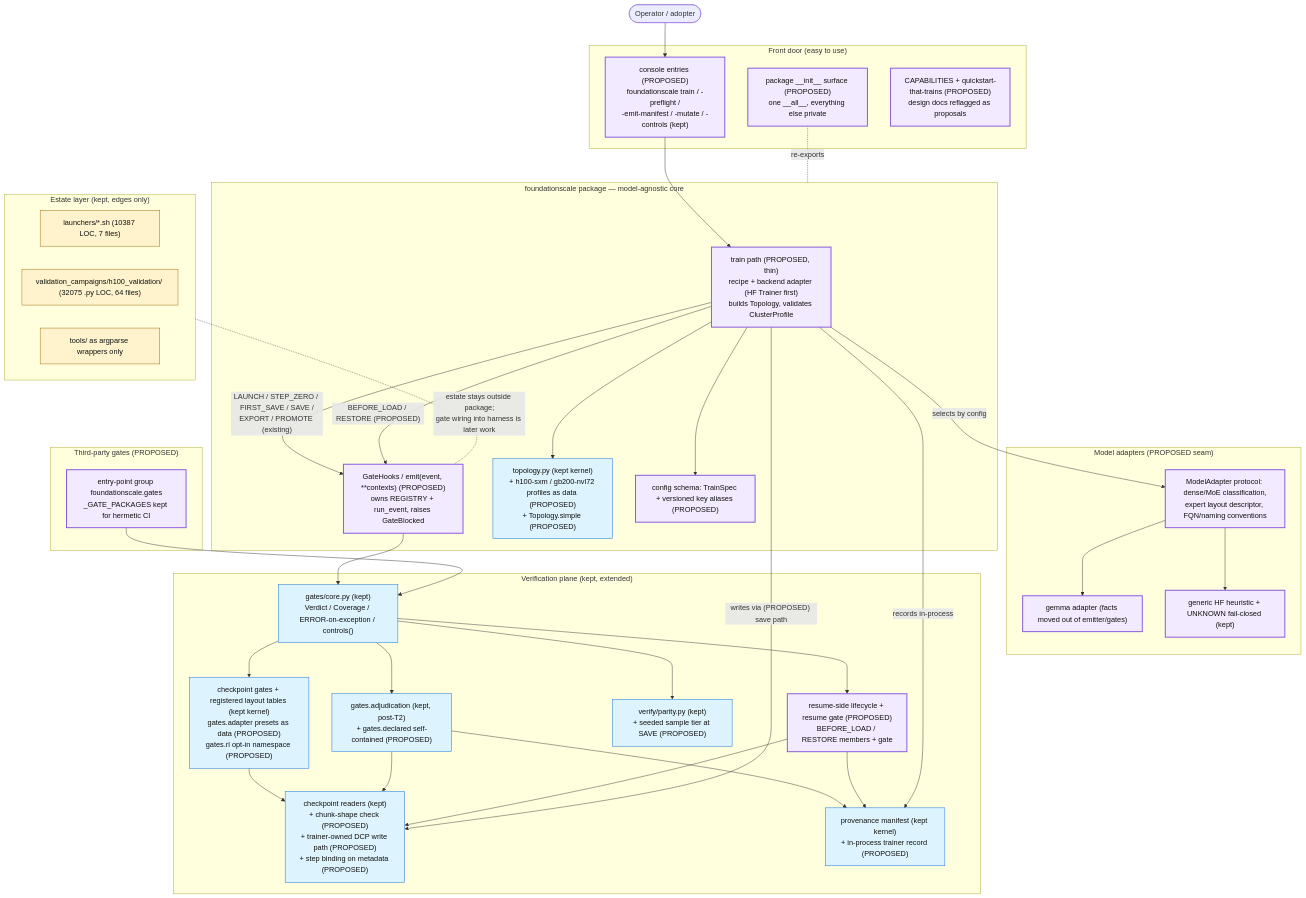
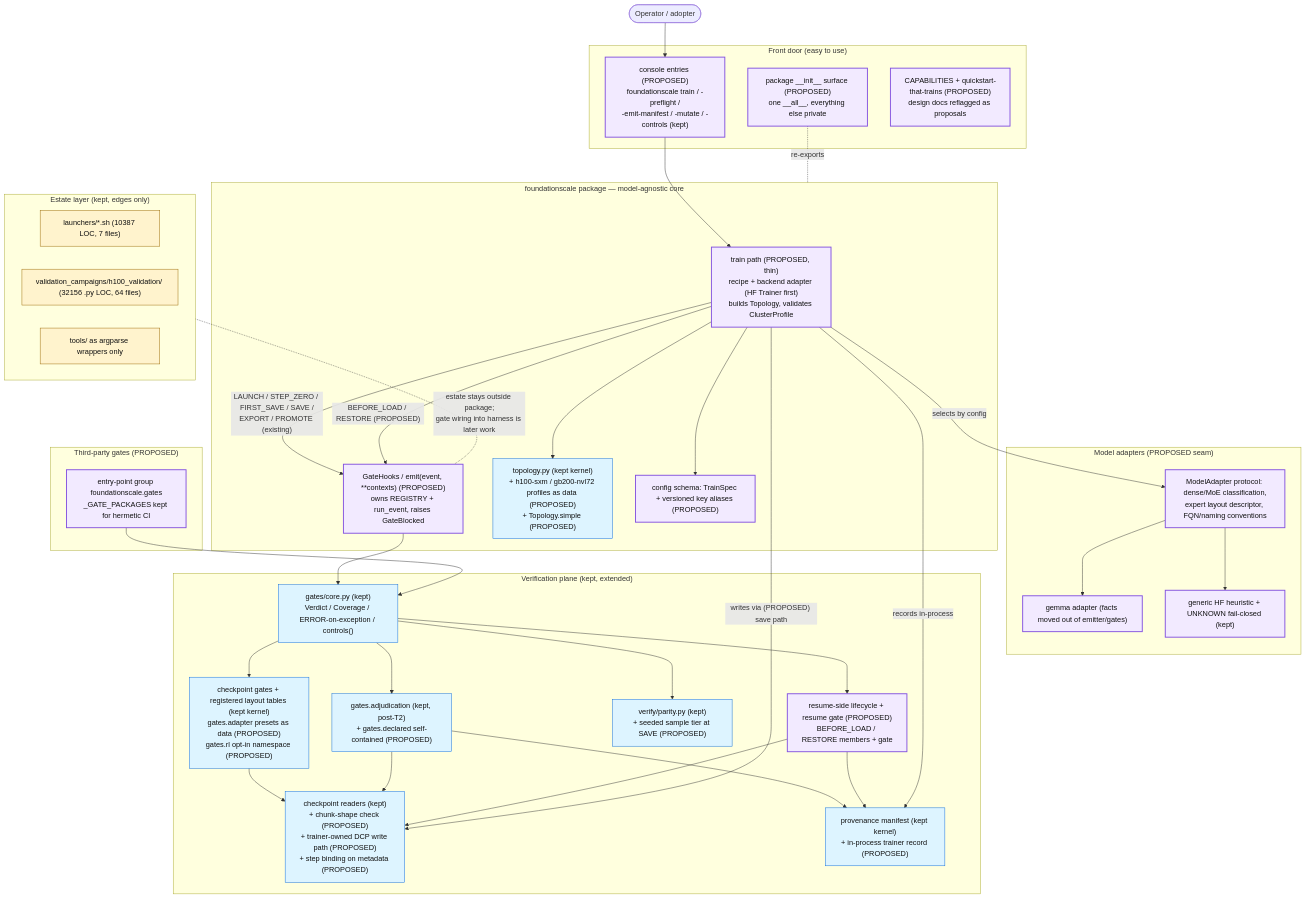
One commit to TranNhiem/FoundationScale changed the diagram in docs/review/D5_proposed_architecture.md. Above: the diagram before and after it, drawn with Mermaid. The commit also changed other lines of this file and 10 other files, not shown here.

````diff
--- a/docs/review/D5_proposed_architecture.md
+++ b/docs/review/D5_proposed_architecture.md
@@ -13,74 +13,74 @@
 ```mermaid
 flowchart TB
   U(["Operator / adopter"])
 
   subgraph FRONT["Front door (easy to use)"]
     CLI["console entries (PROPOSED)<br/>foundationscale train / -preflight /<br/>-emit-manifest / -mutate / -controls (kept)"]
     SURF["package __init__ surface (PROPOSED)<br/>one __all__, everything else private"]
     DOCS["CAPABILITIES + quickstart-that-trains (PROPOSED)<br/>design docs reflagged as proposals"]
   end
 
   subgraph CORE["foundationscale package — model-agnostic core"]
     TRAIN["train path (PROPOSED, thin)<br/>recipe + backend adapter (HF Trainer first)<br/>builds Topology, validates ClusterProfile"]
     HOOKS["GateHooks / emit(event, **contexts) (PROPOSED)<br/>owns REGISTRY + run_event, raises GateBlocked"]
     TOPO["topology.py (kept kernel)<br/>+ h100-sxm / gb200-nvl72 profiles as data (PROPOSED)<br/>+ Topology.simple (PROPOSED)"]
     CONFIG["config schema: TrainSpec + versioned key aliases (PROPOSED)"]
   end
 
   subgraph ADAPT["Model adapters (PROPOSED seam)"]
     MA["ModelAdapter protocol: dense/MoE classification,<br/>expert layout descriptor, FQN/naming conventions"]
     GEM["gemma adapter (facts moved out of emitter/gates)"]
     HF["generic HF heuristic + UNKNOWN fail-closed (kept)"]
   end
 
   subgraph VERIFY["Verification plane (kept, extended)"]
     GCORE["gates/core.py (kept)<br/>Verdict / Coverage / ERROR-on-exception / controls()"]
     GCK["checkpoint gates + registered layout tables (kept kernel)<br/>gates.adapter presets as data (PROPOSED)<br/>gates.rl opt-in namespace (PROPOSED)"]
     ADJ["gates.adjudication (kept, post-T2)<br/>+ gates.declared self-contained (PROPOSED)"]
     PAR["verify/parity.py (kept)<br/>+ seeded sample tier at SAVE (PROPOSED)"]
     CKIO["checkpoint readers (kept)<br/>+ chunk-shape check (PROPOSED)<br/>+ trainer-owned DCP write path (PROPOSED)<br/>+ step binding on metadata (PROPOSED)"]
     PROV["provenance manifest (kept kernel)<br/>+ in-process trainer record (PROPOSED)"]
     RES["resume-side lifecycle + resume gate (PROPOSED)<br/>BEFORE_LOAD / RESTORE members + gate"]
   end
 
   subgraph PLUG["Third-party gates (PROPOSED)"]
     EP["entry-point group foundationscale.gates<br/>_GATE_PACKAGES kept for hermetic CI"]
   end
 
   subgraph ESTATE["Estate layer (kept, edges only)"]
     LAU["launchers/*.sh (10387 LOC, 7 files)"]
-    H100["validation_campaigns/h100_validation/ (32075 .py LOC, 64 files)"]
+    H100["validation_campaigns/h100_validation/ (32156 .py LOC, 64 files)"]
     WRAP["tools/ as argparse wrappers only"]
   end
 
   U --> CLI --> TRAIN
   SURF -. re-exports .- CORE
   TRAIN --> TOPO
   TRAIN --> CONFIG
   TRAIN -- "selects by config" --> MA
   MA --> GEM
   MA --> HF
   TRAIN -- "LAUNCH / STEP_ZERO / FIRST_SAVE / SAVE /<br/>EXPORT / PROMOTE (existing)" --> HOOKS
   TRAIN -- "BEFORE_LOAD / RESTORE (PROPOSED)" --> HOOKS
   HOOKS --> GCORE
   EP --> GCORE
   GCORE --> GCK
   GCORE --> ADJ
   GCORE --> PAR
   GCORE --> RES
   GCK --> CKIO
   ADJ --> CKIO
   ADJ --> PROV
   RES --> CKIO
   RES --> PROV
   TRAIN -- "writes via (PROPOSED) save path" --> CKIO
   TRAIN -- "records in-process" --> PROV
   ESTATE -. "estate stays outside package;<br/>gate wiring into harness is later work" .- HOOKS
 
   classDef new fill:#f2eaff,stroke:#8250df,stroke-width:2px,color:#111;
   classDef kept fill:#ddf4ff,stroke:#0969da,color:#111;
   classDef estate fill:#fff3cd,stroke:#9a6700,color:#111;
   class TRAIN,HOOKS,CLI,SURF,DOCS,MA,GEM,HF,RES,EP,CONFIG new;
   class GCORE,GCK,ADJ,PAR,CKIO,PROV,TOPO kept;
   class LAU,H100,WRAP estate;
 ```
````
